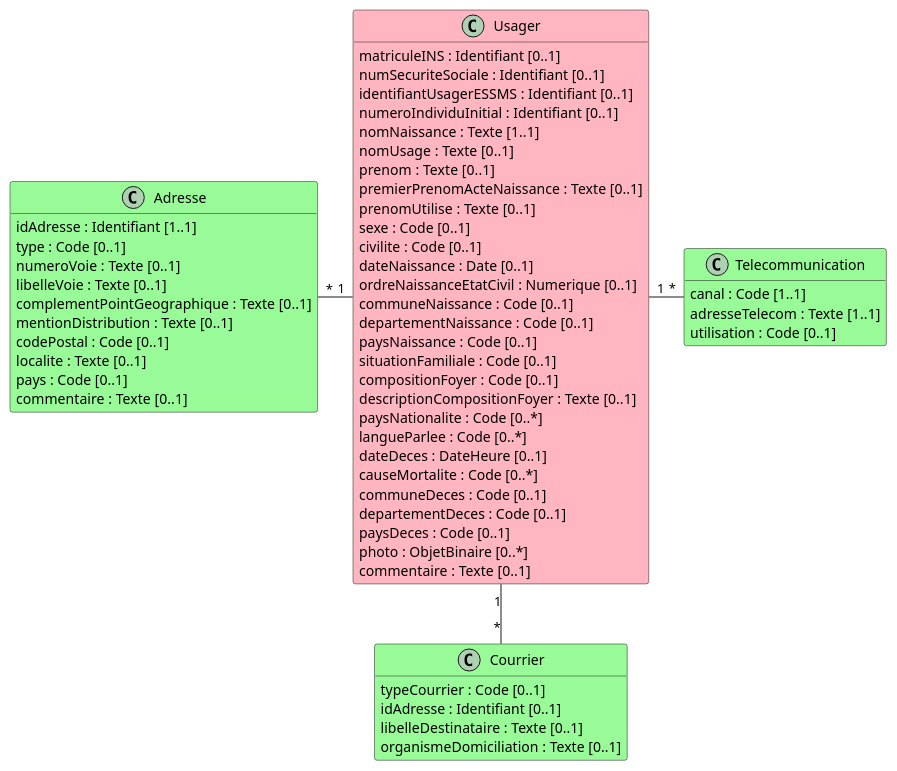
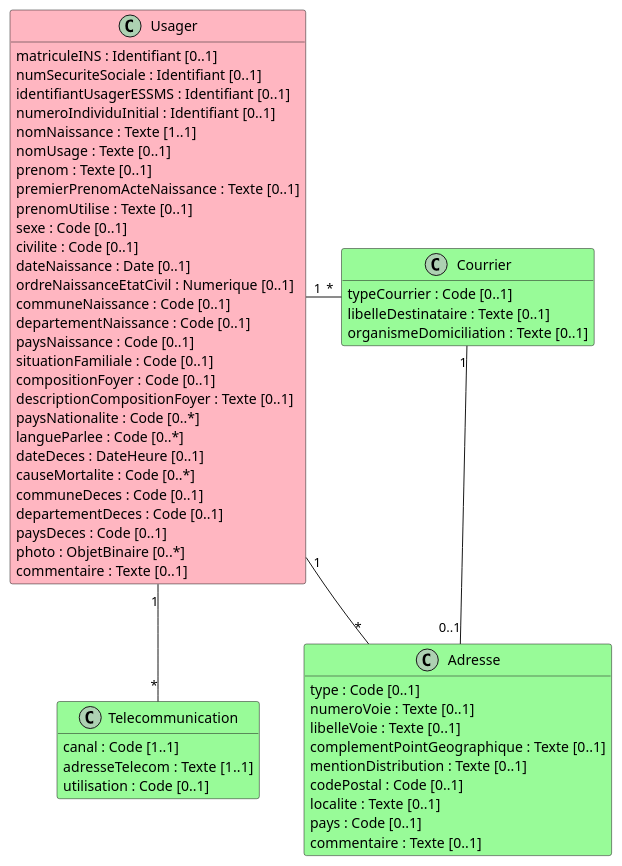
Before and after one commit to ansforge/IG-fhir-medicosocial-transfert-donnees-dui: the diagram in input/images-source/bloc_identification_coordonnees.plantuml, drawn with PlantUML. The commit also changed 2 other files, not shown here.

```diff
--- a/input/images-source/bloc_identification_coordonnees.plantuml
+++ b/input/images-source/bloc_identification_coordonnees.plantuml
@@ -1,66 +1,65 @@
 @startuml
 
 hide empty methods
 
 class Usager #LightPink {
     matriculeINS : Identifiant [0..1]
     numSecuriteSociale : Identifiant [0..1]
     identifiantUsagerESSMS : Identifiant [0..1]
     numeroIndividuInitial : Identifiant [0..1]
     nomNaissance : Texte [1..1]
     nomUsage : Texte [0..1]
     prenom : Texte [0..1]
     premierPrenomActeNaissance : Texte [0..1]
     prenomUtilise : Texte [0..1]
     sexe : Code [0..1]
     civilite : Code [0..1]
     dateNaissance : Date [0..1]
     ordreNaissanceEtatCivil : Numerique [0..1]
     communeNaissance : Code [0..1]
     departementNaissance : Code [0..1]
     paysNaissance : Code [0..1]
     situationFamiliale : Code [0..1]
     compositionFoyer : Code [0..1]
     descriptionCompositionFoyer : Texte [0..1]
     paysNationalite : Code [0..*]
     langueParlee : Code [0..*]
     dateDeces : DateHeure [0..1]
     causeMortalite : Code [0..*]
     communeDeces : Code [0..1]
     departementDeces : Code [0..1]
     paysDeces : Code [0..1]
     photo : ObjetBinaire [0..*]
     commentaire : Texte [0..1]
 }
 
 class Adresse #PaleGreen {
-    idAdresse : Identifiant [1..1]
     type : Code [0..1]
     numeroVoie : Texte [0..1]
     libelleVoie : Texte [0..1]
     complementPointGeographique : Texte [0..1]
     mentionDistribution : Texte [0..1]
     codePostal : Code [0..1]
     localite : Texte [0..1]
     pays : Code [0..1]
     commentaire : Texte [0..1]
 }
 
 class Telecommunication #PaleGreen {
     canal : Code [1..1]
     adresseTelecom : Texte [1..1]
     utilisation : Code [0..1]
 }
 
 class Courrier #PaleGreen {
     typeCourrier : Code [0..1]
-    idAdresse : Identifiant [0..1]
     libelleDestinataire : Texte [0..1]
     organismeDomiciliation : Texte [0..1]
 }
 
-Adresse "*" - "1" Usager
-Usager "1" - "*" Telecommunication
-Usager "1" -- "*" Courrier
+Usager "1" -- "*" Adresse
+Usager "1" -- "*" Telecommunication
+Usager "1" - "*" Courrier
+Courrier "1" - "0..1" Adresse
 
 @enduml
```
